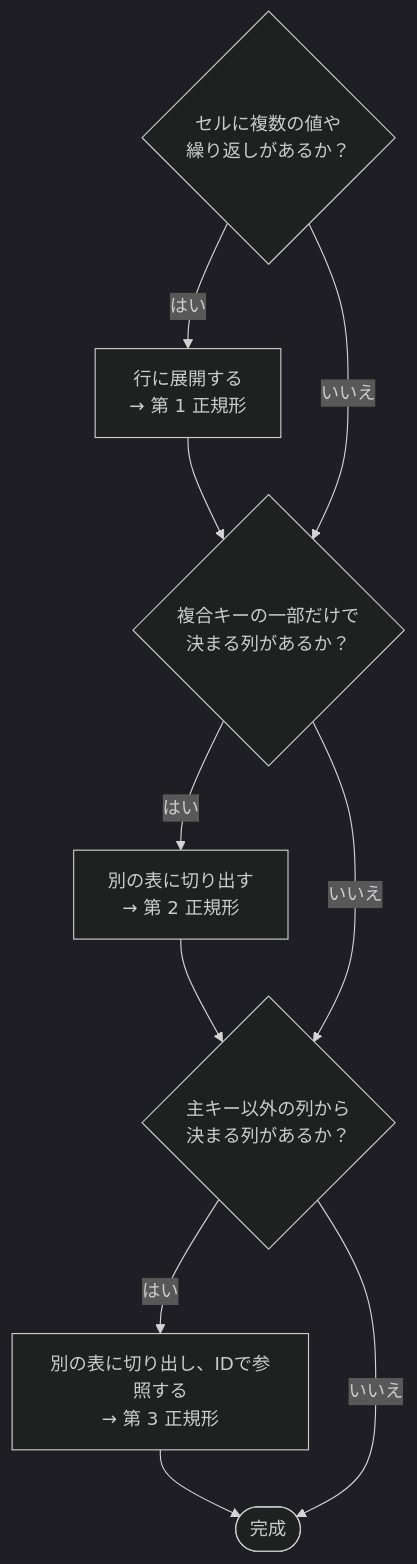
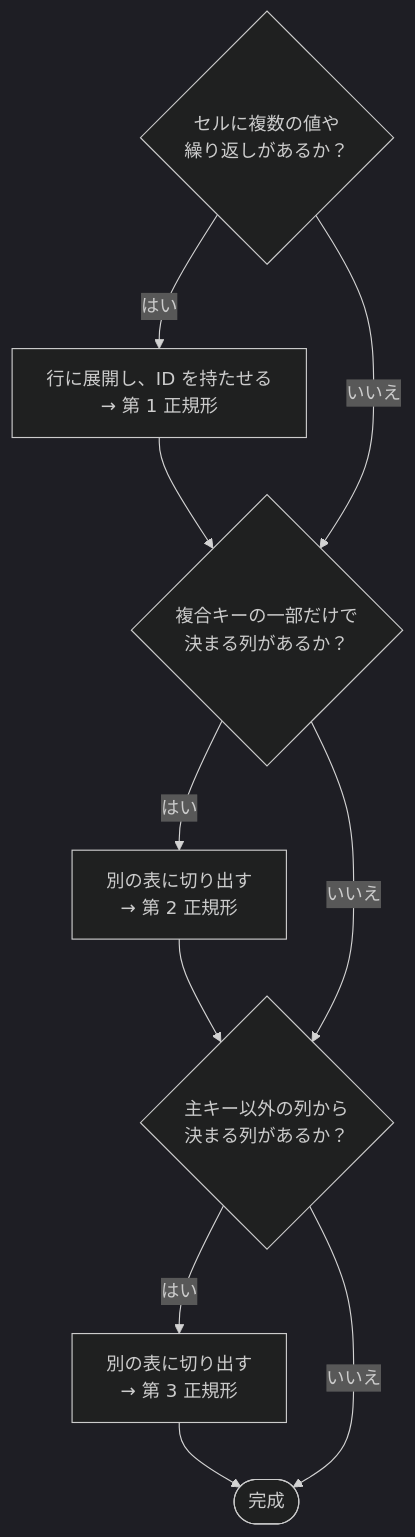
One commit to YTS0418/PRMN_SYSTEM_Lecture changed the sixth of 6 diagrams in データベース/05_正規化.md. Above: the diagram before and after it, drawn with Mermaid (dark theme). The commit also changed other lines of this file, not shown here.

````diff
--- a/データベース/05_正規化.md
+++ b/データベース/05_正規化.md
@@ -401,16 +493,16 @@
 ```mermaid
 flowchart TD
     q1{"セルに複数の値や<br>繰り返しがあるか？"}
     q2{"複合キーの一部だけで<br>決まる列があるか？"}
     q3{"主キー以外の列から<br>決まる列があるか？"}
-    a1["行に展開する<br>→ 第 1 正規形"]
+    a1["行に展開し、ID を持たせる<br>→ 第 1 正規形"]
     a2["別の表に切り出す<br>→ 第 2 正規形"]
-    a3["別の表に切り出し、IDで参照する<br>→ 第 3 正規形"]
+    a3["別の表に切り出す<br>→ 第 3 正規形"]
     done(["完成"])
     q1 -->|はい| a1 --> q2
     q1 -->|いいえ| q2
     q2 -->|はい| a2 --> q3
     q2 -->|いいえ| q3
     q3 -->|はい| a3 --> done
     q3 -->|いいえ| done
 ```
````
